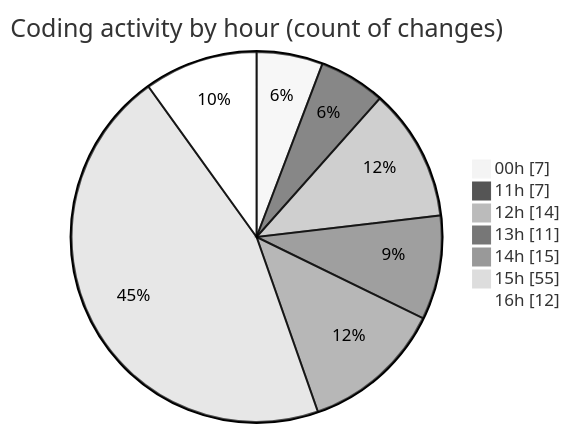
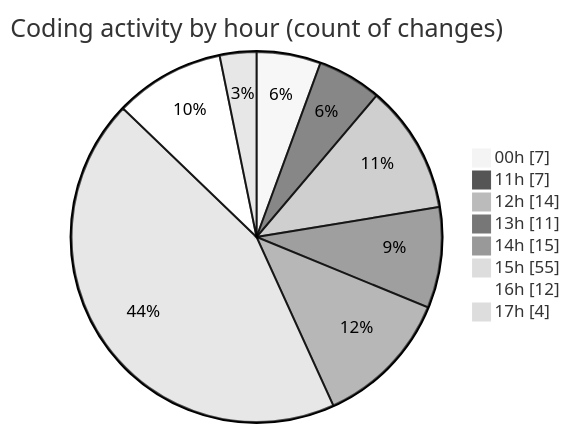
Before and after one commit to julien-gomy/code-tracking: the second of 2 diagrams in 2025-10-08/eventscop-frontend-guide__workspace_/README.md, drawn with Mermaid (neutral theme). The commit also changed other lines of this file and 1 other file, not shown here.

````diff
--- a/2025-10-08/eventscop-frontend-guide__workspace_/README.md
+++ b/2025-10-08/eventscop-frontend-guide__workspace_/README.md
@@ -49,11 +49,12 @@
 ```mermaid
 pie showData
 title Coding activity by hour (count of changes)
 "00h" : 7
 "11h" : 7
 "12h" : 14
 "13h" : 11
 "14h" : 15
 "15h" : 55
 "16h" : 12
+"17h" : 4
 ```
````
